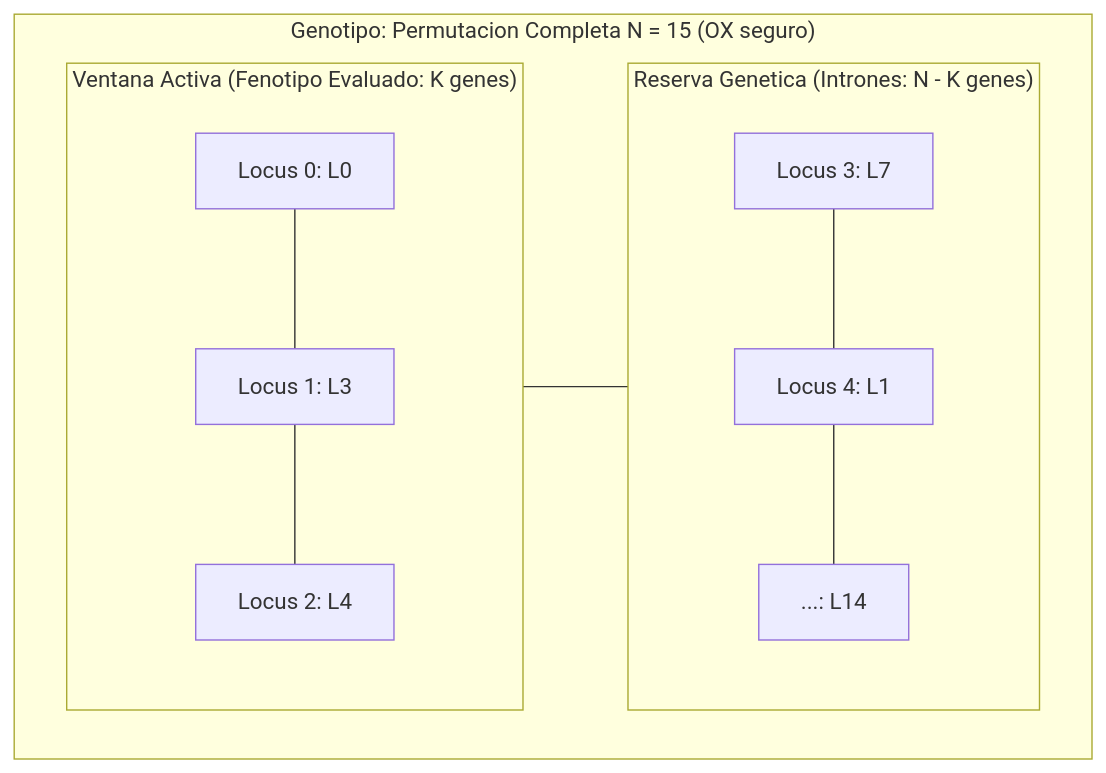
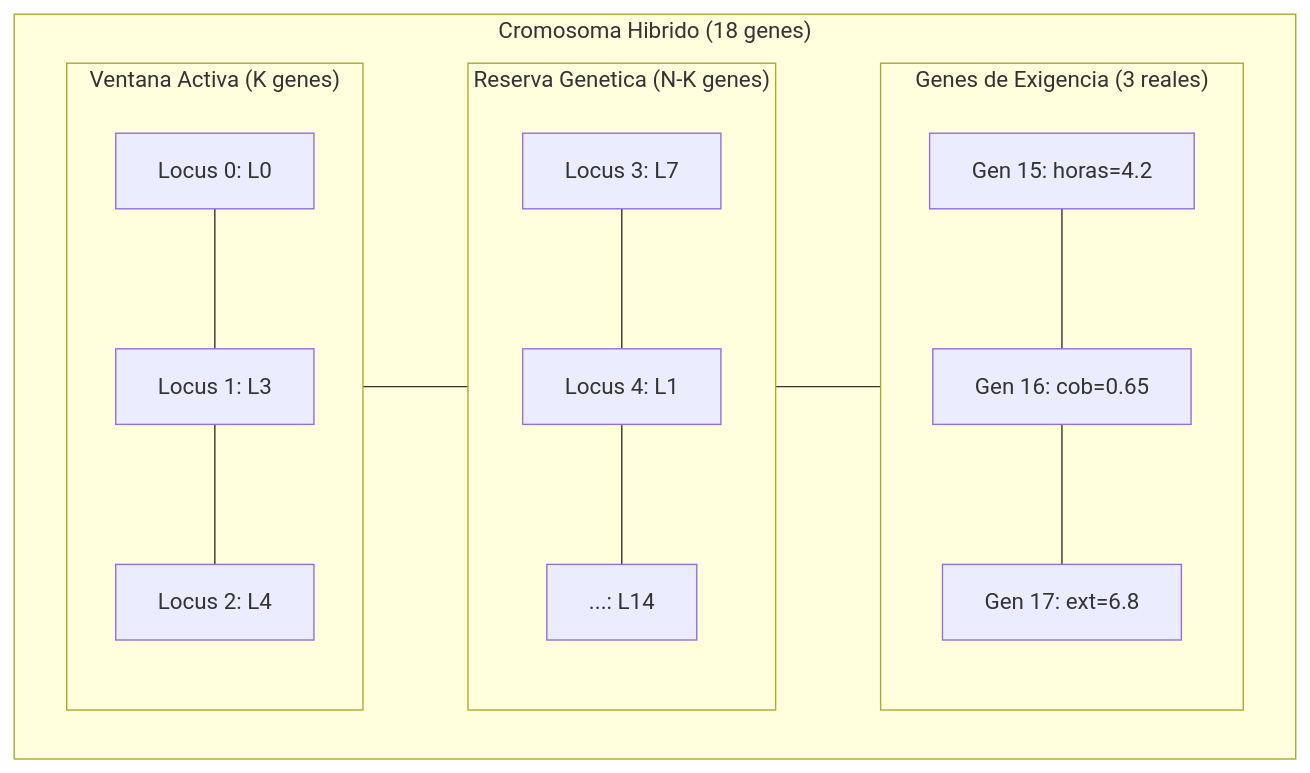
The fifth of 8 diagrams in README.md (angel4luu/si-project-unmsm), drawn with Mermaid before and after one commit. The commit also changed other lines of this file and 1 other file, not shown here.

````diff
--- a/README.md
+++ b/README.md
@@ -426,13 +437,16 @@
 ```mermaid
 flowchart LR
-    subgraph Genotipo["Genotipo: Permutacion Completa N = 15 (OX seguro)"]
+    subgraph Genotipo["Cromosoma Hibrido (18 genes)"]
         direction LR
-        subgraph Activos["Ventana Activa (Fenotipo Evaluado: K genes)"]
+        subgraph Activos["Ventana Activa (K genes)"]
             G1["Locus 0: L0"] --- G2["Locus 1: L3"] --- G3["Locus 2: L4"]
         end
-        subgraph Reserva["Reserva Genetica (Intrones: N - K genes)"]
+        subgraph Reserva["Reserva Genetica (N-K genes)"]
             G4["Locus 3: L7"] --- G5["Locus 4: L1"] --- G6["...: L14"]
         end
-        Activos --- Reserva
+        subgraph Exigencia["Genes de Exigencia (3 reales)"]
+            G7["Gen 15: horas=4.2"] --- G8["Gen 16: cob=0.65"] --- G9["Gen 17: ext=6.8"]
+        end
+        Activos --- Reserva --- Exigencia
     end
 ```
````
